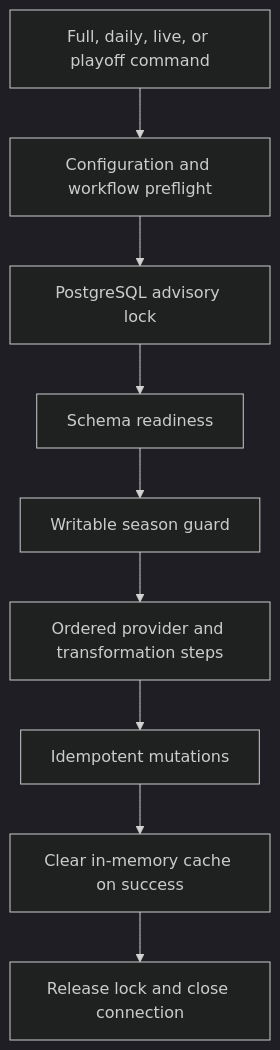
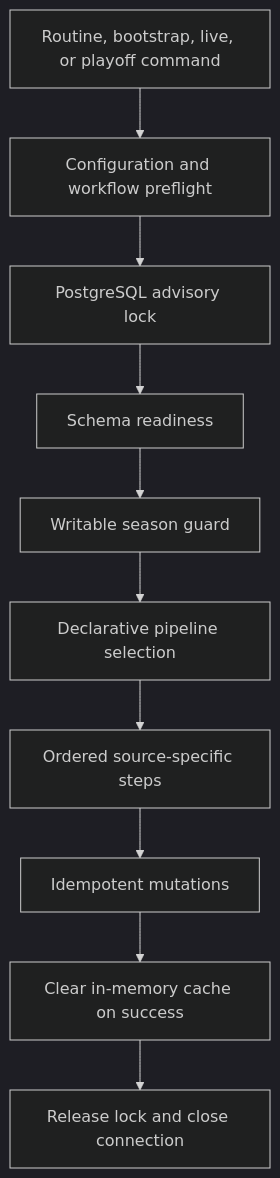
The diagram in docs/architecture/data-and-sync.md (c4rl0s04/biwenger-euroleague-stats), drawn with Mermaid (dark theme) before and after one commit. The commit also changed other lines of this file and 10 other files, not shown here.

````diff
--- a/docs/architecture/data-and-sync.md
+++ b/docs/architecture/data-and-sync.md
@@ -36,11 +36,12 @@
 ```mermaid
 flowchart TD
-  Command["Full, daily, live, or playoff command"] --> Preflight["Configuration and workflow preflight"]
+  Command["Routine, bootstrap, live, or playoff command"] --> Preflight["Configuration and workflow preflight"]
   Preflight --> Lock["PostgreSQL advisory lock"]
   Lock --> Schema["Schema readiness"]
   Schema --> Season["Writable season guard"]
-  Season --> Steps["Ordered provider and transformation steps"]
+  Season --> Pipeline["Declarative pipeline selection"]
+  Pipeline --> Steps["Ordered source-specific steps"]
   Steps --> Upserts["Idempotent mutations"]
   Upserts --> Cache["Clear in-memory cache on success"]
   Cache --> Unlock["Release lock and close connection"]
 ```
````
